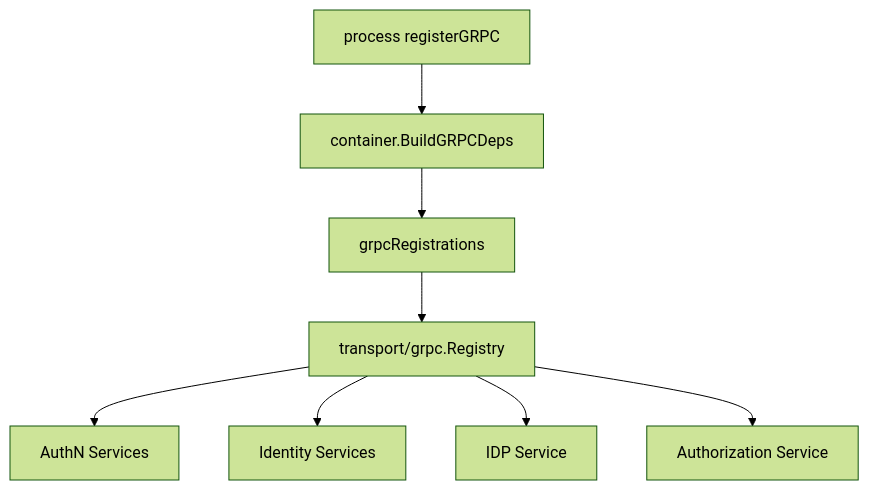
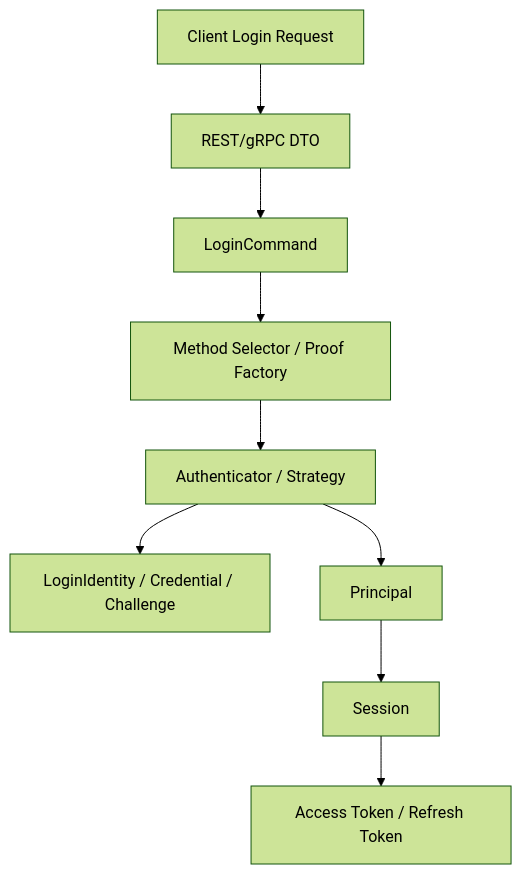
One commit to FangcunMount/iam changed the fifth of 9 diagrams in docs/00-概览/01-系统架构总览.md. Above: the diagram before and after it, drawn with Mermaid (forest theme). The commit also changed other lines of this file and 4 other files, not shown here.

````diff
--- a/docs/00-概览/01-系统架构总览.md
+++ b/docs/00-概览/01-系统架构总览.md
@@ -382,19 +485,16 @@
 ```mermaid
 flowchart TD
-    Process["process registerGRPC"]
-    BuildDeps["container.BuildGRPCDeps"]
-    Registrations["grpcRegistrations"]
-    Registry["transport/grpc.Registry"]
-    AuthN["AuthN Services"]
-    User["Identity Services"]
-    IDP["IDP Service"]
-    AuthZ["Authorization Service"]
+    Client["Client Login Request"]
+    DTO["REST/gRPC DTO"]
+    Command["LoginCommand"]
+    Method["Method Selector / Proof Factory"]
+    Authenticator["Authenticator / Strategy"]
+    Identity["LoginIdentity / Credential / Challenge"]
+    Principal["Principal"]
+    Session["Session"]
+    Token["Access Token / Refresh Token"]
 
-    Process --> BuildDeps
-    BuildDeps --> Registrations
-    Registrations --> Registry
-    Registry --> AuthN
-    Registry --> User
-    Registry --> IDP
-    Registry --> AuthZ
+    Client --> DTO --> Command --> Method --> Authenticator
+    Authenticator --> Identity
+    Authenticator --> Principal --> Session --> Token
 ```
````
